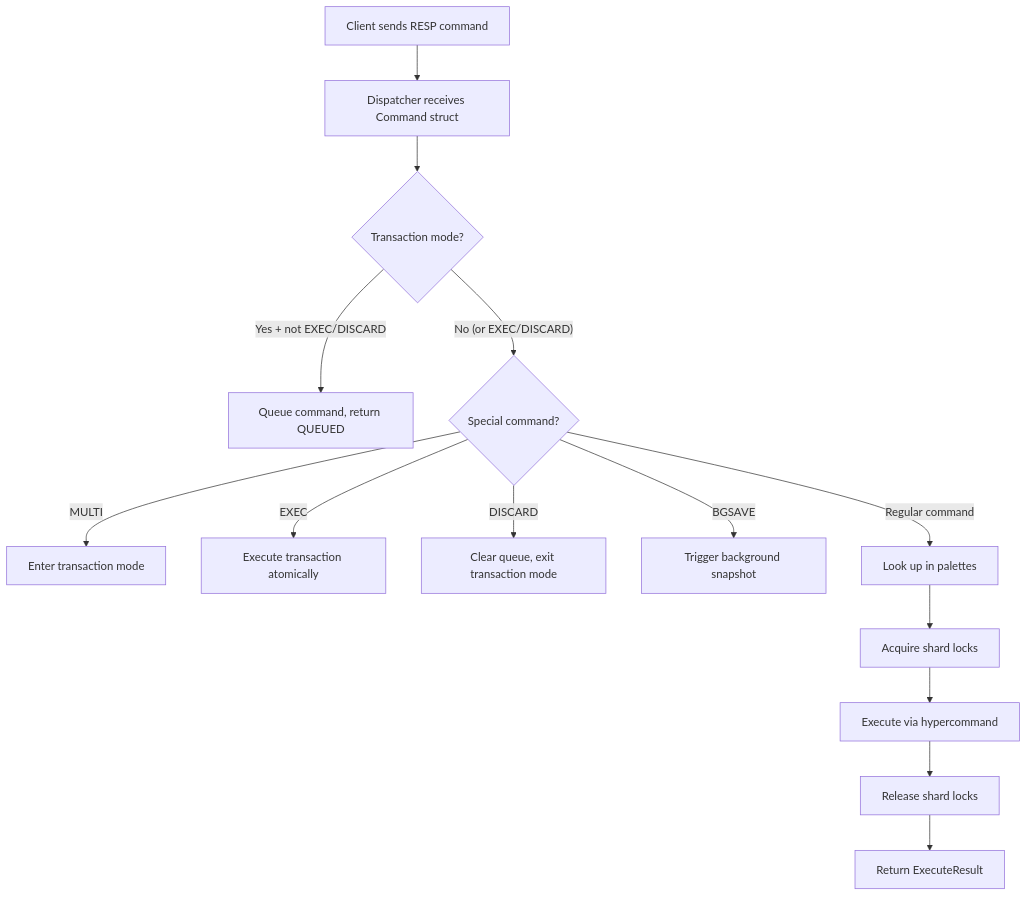
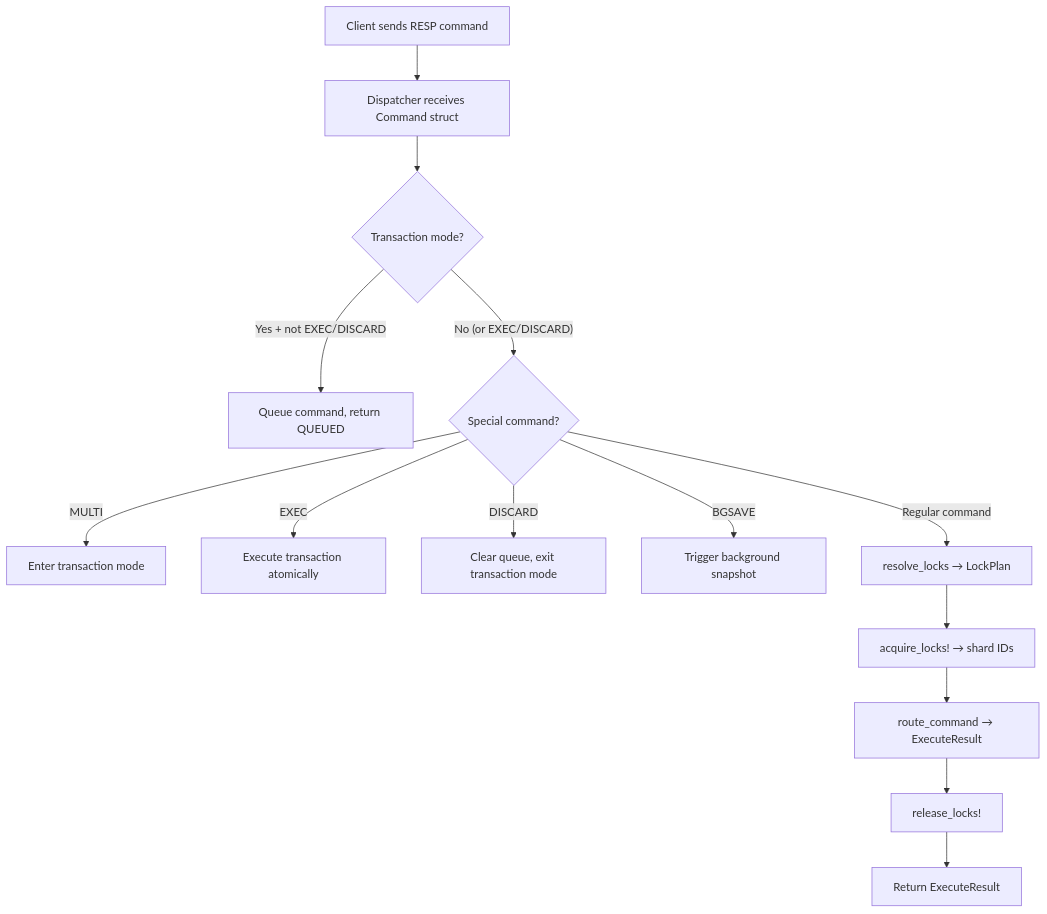
Before and after one commit to fabioscantamburlo/Radish: the diagram in docs/dispatcher.md, drawn with Mermaid. The commit also changed other lines of this file and 77 other files, not shown here.

````diff
--- a/docs/dispatcher.md
+++ b/docs/dispatcher.md
@@ -26,16 +23,16 @@
 ```mermaid
 graph TD
     A["Client sends RESP command"] --> B["Dispatcher receives Command struct"]
     B --> C{Transaction mode?}
     C -->|"Yes + not EXEC/DISCARD"| D["Queue command, return QUEUED"]
     C -->|"No (or EXEC/DISCARD)"| E{Special command?}
     E -->|"MULTI"| F["Enter transaction mode"]
     E -->|"EXEC"| G["Execute transaction atomically"]
     E -->|"DISCARD"| H["Clear queue, exit transaction mode"]
     E -->|"BGSAVE"| I["Trigger background snapshot"]
-    E -->|"Regular command"| J["Look up in palettes"]
-    J --> K["Acquire shard locks"]
-    K --> L["Execute via hypercommand"]
-    L --> M["Release shard locks"]
+    E -->|"Regular command"| J["resolve_locks → LockPlan"]
+    J --> K["acquire_locks! → shard IDs"]
+    K --> L["route_command → ExecuteResult"]
+    L --> M["release_locks!"]
     M --> N["Return ExecuteResult"]
 ```
````
